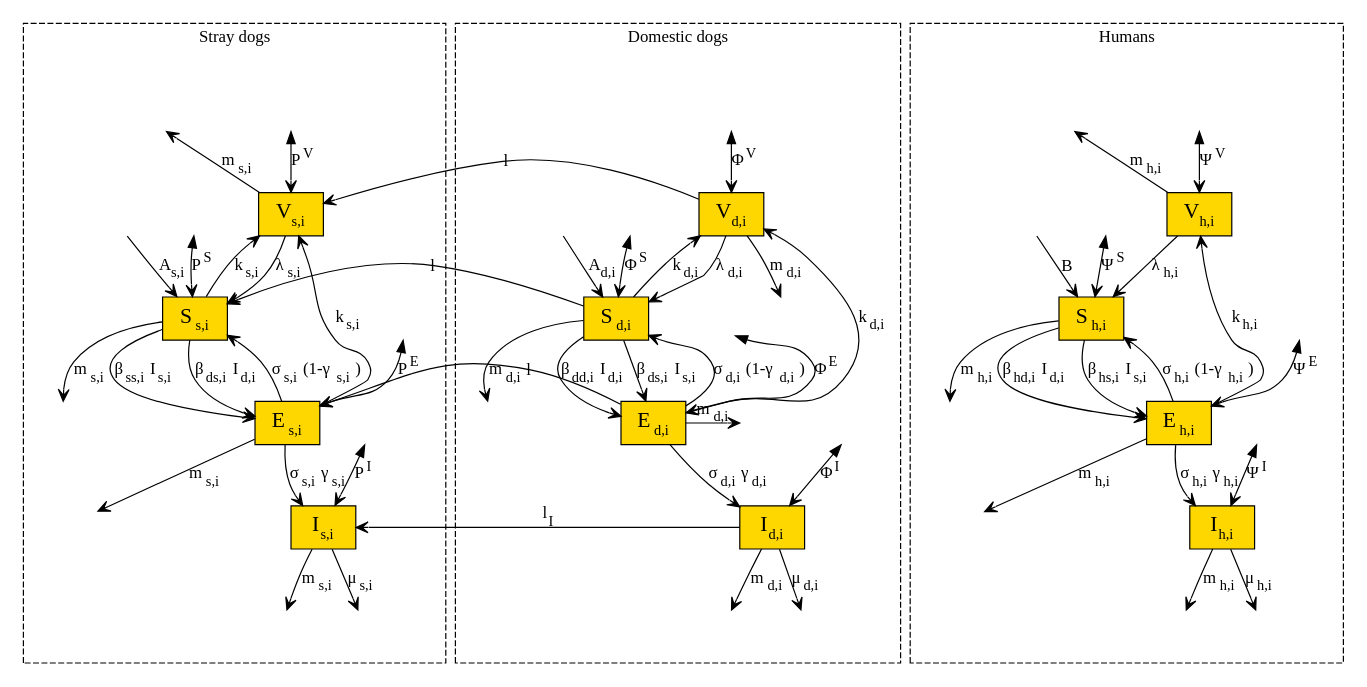
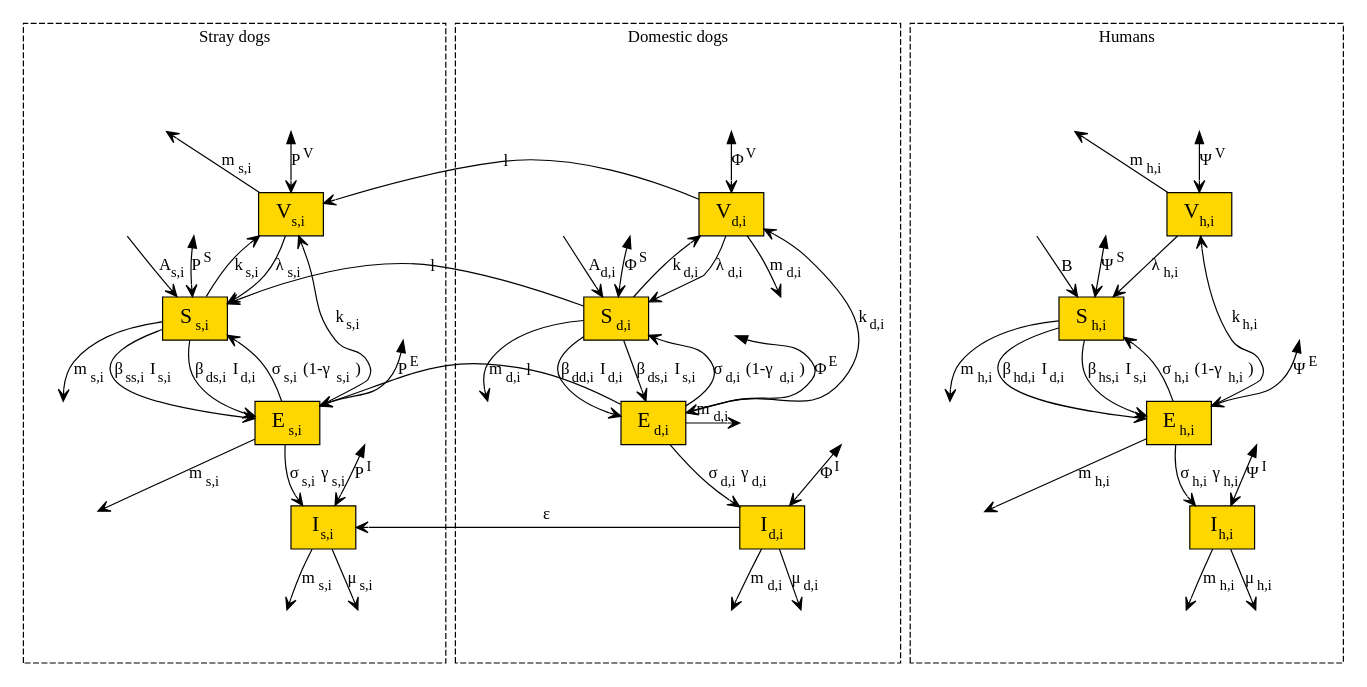
The diagram in R/patch_SEIV.gv (MartinaIannacito/Progetto), drawn with Graphviz before and after one commit. The commit also changed 2 other files, not shown here.

```diff
--- a/R/patch_SEIV.gv
+++ b/R/patch_SEIV.gv
@@ -1,132 +1,132 @@
 digraph SEIV {
   compound = true
   rank = same
   outputorder = nodesfirst
   edge[arrowhead = vee]
   node[fontsize = 18]
   subgraph cluster_1 {
     label = "Stray dogs"
     labeljust = "c"
     style = dashed
     Vs [shape = box, label = <V<SUB><FONT POINT-SIZE="12">s,i</FONT></SUB>>, style = filled, fillcolor = Gold]
     Is [shape = box, label = <I<SUB><FONT POINT-SIZE="12">s,i</FONT></SUB>>, style = filled, fillcolor = Gold]
     Es [shape = box, label = <E<SUB><FONT POINT-SIZE="12">s,i</FONT></SUB>>, style = filled, fillcolor = Gold]
     Ss [shape = box, label = <S<SUB><FONT POINT-SIZE="12">s,i</FONT></SUB>>, style = filled, fillcolor = Gold]
     s1 [shape = box, color = white, label = " "]
     s2 [shape = box, color = white, label = " "]
     s3 [shape = box, color = white, label = " "]
     s4 [shape = box, color = white, label = " "]
     s5 [shape = box, color = white, label = " "]
     s6 [shape = box, color = white, label = " "]
     s7 [shape = box, color = white, label = " "]
     s8 [shape = box, color = white, label = " "]
     s9 [shape = box, color = white, label = " "]
     s10 [shape = box, color = white, label = " "]
     s10 -> Ss [label = <A<SUB><FONT POINT-SIZE="12">s,i</FONT></SUB>>]
     Vs -> Ss [label = <&lambda;<SUB><FONT POINT-SIZE="12">s,i</FONT></SUB>>]
     Es -> Ss [label = <&sigma;<SUB><FONT POINT-SIZE="12">s,i</FONT>&nbsp;</SUB>(1-&gamma;<SUB><FONT POINT-SIZE="12">s,i</FONT></SUB>&nbsp;)>]
     Ss -> Vs [label = <k<SUB><FONT POINT-SIZE="12">s,i</FONT></SUB>>]
     Ss -> s9 [label = <m<SUB><FONT POINT-SIZE="12">s,i</FONT></SUB>>]
     Ss -> Es [label = <&beta;<SUB><FONT POINT-SIZE="12">ss,i</FONT></SUB>&nbsp;I<SUB><FONT POINT-SIZE="12">s,i</FONT></SUB>>]
     Ss -> Es [label = <&beta;<SUB><FONT POINT-SIZE="12">ds,i</FONT></SUB>&nbsp;I<SUB><FONT POINT-SIZE="12">d,i</FONT></SUB>>]
     s8 -> Ss [dir = "both", label = <&Rho;<SUP><FONT POINT-SIZE="12">S</FONT></SUP>>]
     
     Es -> Is [label = <&sigma;<SUB><FONT POINT-SIZE="12">s,i</FONT>&nbsp;</SUB>&gamma;<SUB><FONT POINT-SIZE="12">s,i</FONT></SUB>>]
     Is -> s1 [label = <m<SUB><FONT POINT-SIZE="12">s,i</FONT></SUB>>]
     Is -> s2 [label = <&mu;<SUB><FONT POINT-SIZE="12">s,i</FONT></SUB>>]
     s3 -> Is [dir = "both", label = <&Rho;<SUP><FONT POINT-SIZE="12">I</FONT></SUP>>]
     
     s6 -> Vs [dir = "both", label = <&Rho;<SUP><FONT POINT-SIZE="12">V</FONT></SUP>>]
     Vs -> s7 [label = <m<SUB><FONT POINT-SIZE="12">s,i</FONT></SUB>>, constraint=false]
     Es -> Vs [label = <k<SUB><FONT POINT-SIZE="12">s,i</FONT></SUB>>]
     
     Es -> s4 [label = <m<SUB><FONT POINT-SIZE="12">s,i</FONT></SUB>>, constraint=false]
     s5 -> Es [dir = "both", label = <&Rho;<SUP><FONT POINT-SIZE="12">E</FONT></SUP>>]
     s9 -> s4 [style = invis]
     
   }
   subgraph cluster_2 {
     label = "Domestic dogs"
     labeljust = "c"
     style = dashed
     Vd [shape = box, label = <V<SUB><FONT POINT-SIZE="12">d,i</FONT></SUB>>, style = filled, fillcolor = Gold]
     Id [shape = box, label = <I<SUB><FONT POINT-SIZE="12">d,i</FONT></SUB>>, style = filled, fillcolor = Gold]
     Ed [shape = box, label = <E<SUB><FONT POINT-SIZE="12">d,i</FONT></SUB>>, style = filled, fillcolor = Gold]
     Sd [shape = box, label = <S<SUB><FONT POINT-SIZE="12">d,i</FONT></SUB>>, style = filled, fillcolor = Gold]
     d1 [shape = box, color = white, label = " "]
     d2 [shape = box, color = white, label = " "]
     d3 [shape = box, color = white, label = " "]
     d4 [shape = box, color = white, label = " "]
     d5 [shape = box, color = white, label = " "]
     d6 [shape = box, color = white, label = " "]
     d7 [shape = box, color = white, label = " "]
     d8 [shape = box, color = white, label = " "]
     d9 [shape = box, color = white, label = " "]
     d10 [shape = box, color = white, label = " "]
     d10 -> Sd [label = <A<SUB><FONT POINT-SIZE="12">d,i</FONT></SUB>>]
     Vd -> Sd [label = <&lambda;<SUB><FONT POINT-SIZE="12">d,i</FONT></SUB>>]
     Ed -> Sd [label = <&sigma;<SUB><FONT POINT-SIZE="12">d,i</FONT>&nbsp;</SUB>(1-&gamma;<SUB><FONT POINT-SIZE="12">d,i</FONT></SUB>&nbsp;)>]
     Sd -> Vd [label = <k<SUB><FONT POINT-SIZE="12">d,i</FONT></SUB>>]
     Sd -> d9 [label = <m<SUB><FONT POINT-SIZE="12">d,i</FONT></SUB>>]
     Sd -> Ed [label = <&beta;<SUB><FONT POINT-SIZE="12">dd,i</FONT></SUB>&nbsp;I<SUB><FONT POINT-SIZE="12">d,i</FONT></SUB>>]
     Sd -> Ed [label = <&beta;<SUB><FONT POINT-SIZE="12">ds,i</FONT></SUB>&nbsp;I<SUB><FONT POINT-SIZE="12">s,i</FONT></SUB>>]
     d8 -> Sd [dir = "both", label = <&Phi;<SUP><FONT POINT-SIZE="12">S</FONT></SUP>>]
     
     Ed -> Id [label = <&sigma;<SUB><FONT POINT-SIZE="12">d,i</FONT>&nbsp;</SUB>&gamma;<SUB><FONT POINT-SIZE="12">d,i</FONT></SUB>>]
     Id -> d1 [label = <m<SUB><FONT POINT-SIZE="12">d,i</FONT></SUB>>]
     Id -> d2 [label = <&mu;<SUB><FONT POINT-SIZE="12">d,i</FONT></SUB>>]
     d3 -> Id [dir = "both", label = <&Phi;<SUP><FONT POINT-SIZE="12">I</FONT></SUP>>]
     
     d6 -> Vd [dir = "both", label = <&Phi;<SUP><FONT POINT-SIZE="12">V</FONT></SUP>>]
     Vd -> d7 [label = <m<SUB><FONT POINT-SIZE="12">d,i</FONT></SUB>>]
     Ed -> Vd [label = <k<SUB><FONT POINT-SIZE="12">d,i</FONT></SUB>>]
     
     Ed -> d4 [label = <m<SUB><FONT POINT-SIZE="12">d,i</FONT></SUB>>, constraint=false]
     d5 -> Ed [dir = "both", label = <&Phi;<SUP><FONT POINT-SIZE="12">E</FONT></SUP>>]
     d4 -> Id [style = invis]
   }
   subgraph cluster_3 {
     label = "Humans"
     labeljust = "c"
     style = dashed
     Vh [shape = box, label = <V<SUB><FONT POINT-SIZE="12">h,i</FONT></SUB>>, style = filled, fillcolor = Gold]
     Ih [shape = box, label = <I<SUB><FONT POINT-SIZE="12">h,i</FONT></SUB>>, style = filled, fillcolor = Gold]
     Eh [shape = box, label = <E<SUB><FONT POINT-SIZE="12">h,i</FONT></SUB>>, style = filled, fillcolor = Gold]
     Sh [shape = box, label = <S<SUB><FONT POINT-SIZE="12">h,i</FONT></SUB>>, style = filled, fillcolor = Gold]
     h1 [shape = box, color = white, label = " "]
     h2 [shape = box, color = white, label = " "]
     h3 [shape = box, color = white, label = " "]
     h4 [shape = box, color = white, label = " "]
     h5 [shape = box, color = white, label = " "]
     h6 [shape = box, color = white, label = " "]
     h7 [shape = box, color = white, label = " "]
     h8 [shape = box, color = white, label = " "]
     h9 [shape = box, color = white, label = " "]
     h10 [shape = box, color = white, label = " "]
     h10 -> Sh [label = "B"]
     Vh -> Sh [label = <&lambda;<SUB><FONT POINT-SIZE="12">h,i</FONT></SUB>>]
     Eh -> Sh [label = <&sigma;<SUB><FONT POINT-SIZE="12">h,i</FONT>&nbsp;</SUB>(1-&gamma;<SUB><FONT POINT-SIZE="12">h,i</FONT></SUB>&nbsp;)>]
     Sh -> h9 [label = <m<SUB><FONT POINT-SIZE="12">h,i</FONT></SUB>>]
     Sh -> Eh [label = <&beta;<SUB><FONT POINT-SIZE="12">hd,i</FONT></SUB>&nbsp;I<SUB><FONT POINT-SIZE="12">d,i</FONT></SUB>>]
     Sh -> Eh [label = <&beta;<SUB><FONT POINT-SIZE="12">hs,i</FONT></SUB>&nbsp;I<SUB><FONT POINT-SIZE="12">s,i</FONT></SUB>>]
     h8 -> Sh [dir = "both", label = <&Psi;<SUP><FONT POINT-SIZE="12">S</FONT></SUP>>]
     
     Eh -> Ih [label = <&sigma;<SUB><FONT POINT-SIZE="12">h,i</FONT>&nbsp;</SUB>&gamma;<SUB><FONT POINT-SIZE="12">h,i</FONT></SUB>>]
     Ih -> h1 [label = <m<SUB><FONT POINT-SIZE="12">h,i</FONT></SUB>>]
     Ih -> h2 [label = <&mu;<SUB><FONT POINT-SIZE="12">h,i</FONT></SUB>>]
     h3 -> Ih [dir = "both", label = <&Psi;<SUP><FONT POINT-SIZE="12">I</FONT></SUP>>]
     
     h6 -> Vh [dir = "both", label = <&Psi;<SUP><FONT POINT-SIZE="12">V</FONT></SUP>>]
     Vh -> h7 [label = <m<SUB><FONT POINT-SIZE="12">h,i</FONT></SUB>>, constraint=false]
     Eh -> Vh [label = <k<SUB><FONT POINT-SIZE="12">h,i</FONT></SUB>>]
     
     Eh -> h4 [label = <m<SUB><FONT POINT-SIZE="12">h,i</FONT></SUB>>, constraint=false]
     h5 -> Eh [dir = "both", label = <&Psi;<SUP><FONT POINT-SIZE="12">E</FONT></SUP>>]
     h9 -> h4 [style = invis]
   }
   
   Sd -> Ss [label = "l", constraint=false]
   Ed -> Es [label = "l", constraint=false]
-  Id -> Is [label = <l<SUB><FONT POINT-SIZE="12">I</FONT></SUB>>, constraint=false]
+  Id -> Is [label = <&epsilon;>, constraint=false]
   Vd -> Vs [label = "l", constraint=false]
 }
```
